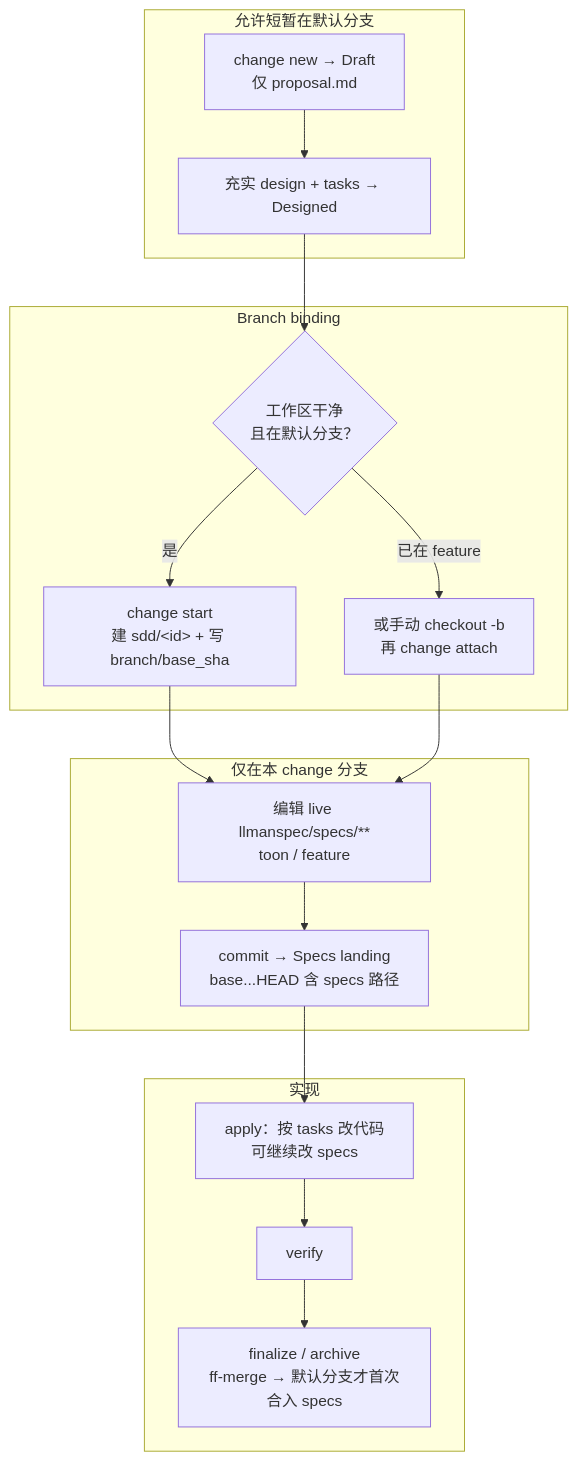
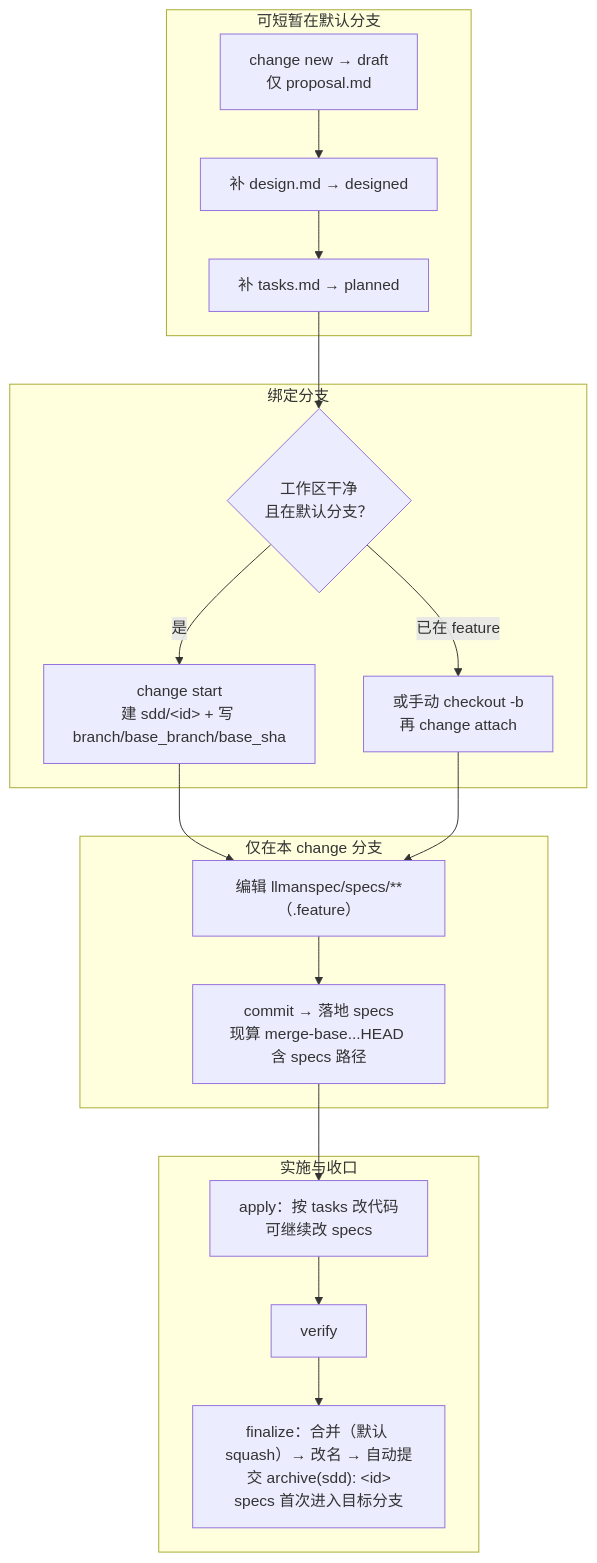
Before and after one commit to StrayDragon/sqlsugar: the first of 2 diagrams in .agents/skills/llman-sdd-propose/SKILL.md, drawn with Mermaid. The commit also changed other lines of this file and 12 other files, not shown here.

````diff
--- a/.agents/skills/llman-sdd-propose/SKILL.md
+++ b/.agents/skills/llman-sdd-propose/SKILL.md
@@ -21,29 +18,30 @@
 ```mermaid
 flowchart TB
-  subgraph main_ok["允许短暂在默认分支"]
-    A["change new → Draft<br/>仅 proposal.md"]
-    B["充实 design + tasks → Designed"]
+  subgraph main_ok["可短暂在默认分支"]
+    A["change new → draft<br/>仅 proposal.md"]
+    B1["补 design.md → designed"]
+    B2["补 tasks.md → planned"]
   end
 
-  subgraph gate_start["Branch binding"]
+  subgraph bind["绑定分支"]
     C{"工作区干净<br/>且在默认分支？"}
-    D["change start<br/>建 sdd/&lt;id&gt; + 写 branch/base_sha"]
+    D["change start<br/>建 sdd/&lt;id&gt; + 写 branch/base_branch/base_sha"]
     E["或手动 checkout -b<br/>再 change attach"]
   end
 
   subgraph specs_only["仅在本 change 分支"]
-    F["编辑 live llmanspec/specs/**<br/>toon / feature"]
-    G["commit → Specs landing<br/>base...HEAD 含 specs 路径"]
+    F["编辑 llmanspec/specs/**（.feature）"]
+    G["commit → 落地 specs<br/>现算 merge-base...HEAD 含 specs 路径"]
   end
 
-  subgraph implement["实现"]
+  subgraph implement["实施与收口"]
     H["apply：按 tasks 改代码<br/>可继续改 specs"]
     I["verify"]
-    J["finalize / archive<br/>ff-merge → 默认分支才首次合入 specs"]
+    J["finalize：合并（默认 squash）→ 改名 → 自动提交 archive(sdd): &lt;id&gt;<br/>specs 首次进入目标分支"]
   end
 
-  A --> B --> C
+  A --> B1 --> B2 --> C
   C -->|是| D --> F
   C -->|已在 feature| E --> F
   F --> G --> H --> I --> J
 ```
````
